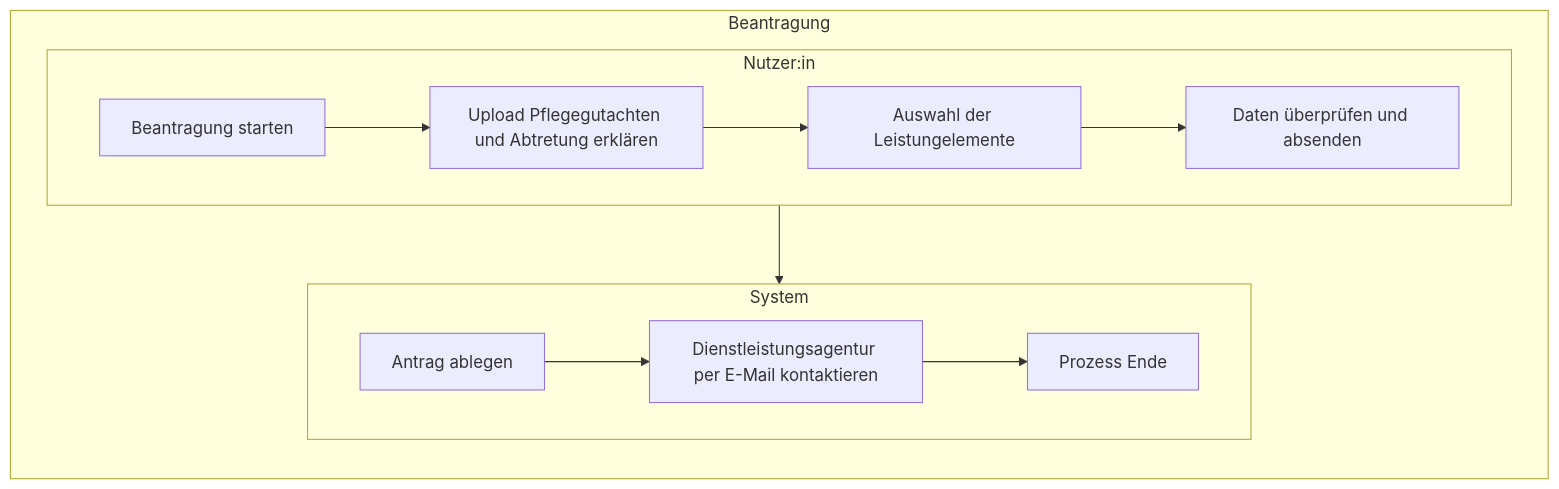
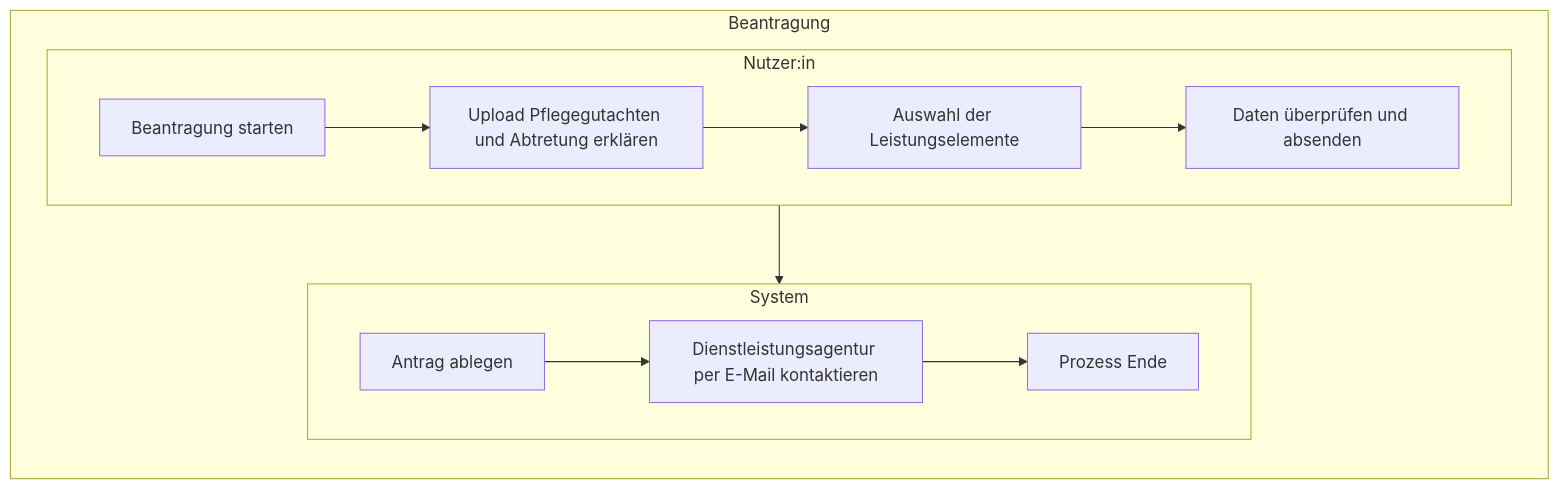
One commit to jomatotu/pflegeleicht changed the diagram in documentation/architecture/laufzeitsicht.md. Above: the diagram before and after it, drawn with Mermaid. The commit also changed other lines of this file and 4 other files, not shown here.

Commit message:
Refine architecture documentation by correcting typographical errors and improving clarity in multiple sections. Updates include adjustments to terminology in 'Bausteinsicht', 'Laufzeitsicht', and 'Lösungsstrategie', ensuring consistent use of language throughout the documents.

````diff
--- a/documentation/architecture/laufzeitsicht.md
+++ b/documentation/architecture/laufzeitsicht.md
@@ -8,23 +8,23 @@
 ```mermaid
 flowchart TB
 
     subgraph lane["Beantragung"]
         direction TB
         subgraph sublane_one["Nutzer:in"]
             direction LR
             step_u0[Beantragung starten]
             step_u2[Upload Pflegegutachten und Abtretung erklären]
-            step_u3[Auswahl der Leistungelemente]
+            step_u3[Auswahl der Leistungselemente]
             step_u4[Daten überprüfen und absenden]
             step_u0 --> step_u2 --> step_u3 --> step_u4
         end
         subgraph sublane_two["System"]
             direction LR
             step_s1[Antrag ablegen]
             step_s2[Dienstleistungsagentur per E-Mail kontaktieren]
             step_s4[Prozess Ende]
             step_s1 --> step_s2 --> step_s4
         end
         step_u4 --> step_s1
     end
 ```
````
